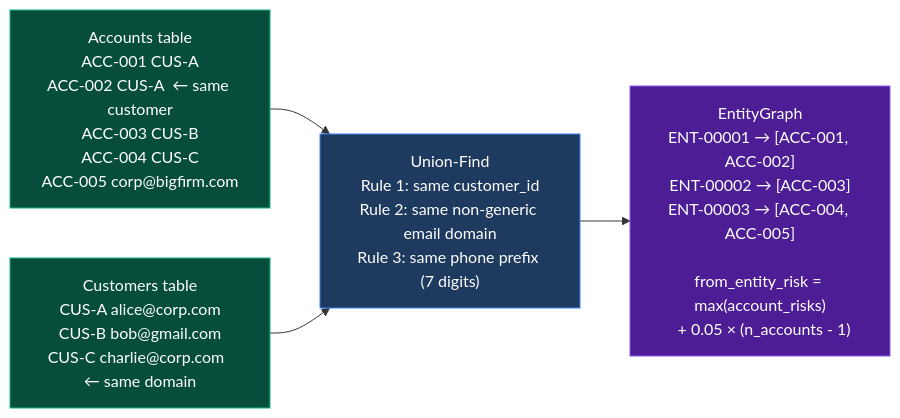
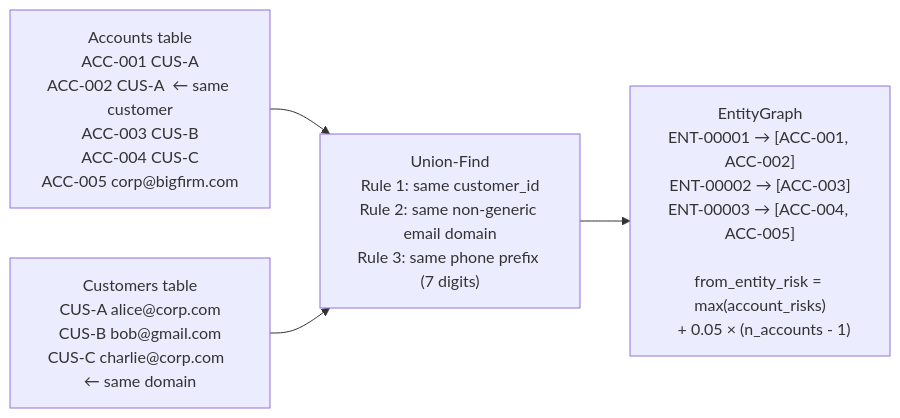
Before and after one commit to gregorizeidler/AML-multiverse-simulator: the ninth of 23 diagrams in README.md, drawn with Mermaid. The commit also changed other lines of this file, not shown here.

Commit message:
fix: remove all custom mermaid style directives incompatible with GitHub renderer

````diff
--- a/README.md
+++ b/README.md
@@ -830,12 +785,8 @@
 ```mermaid
 flowchart LR
-    style A fill:#064e3b,stroke:#10b981,color:#fff
-    style B fill:#064e3b,stroke:#10b981,color:#fff
-    style C fill:#1e3a5f,stroke:#3b82f6,color:#fff
-    style D fill:#4c1d95,stroke:#8b5cf6,color:#fff
 
     A["Accounts table\nACC-001 CUS-A\nACC-002 CUS-A  ← same customer\nACC-003 CUS-B\nACC-004 CUS-C\nACC-005 corp@bigfirm.com"] --> C
     B["Customers table\nCUS-A alice@corp.com\nCUS-B bob@gmail.com\nCUS-C charlie@corp.com  ← same domain"] --> C
     C["Union-Find\nRule 1: same customer_id\nRule 2: same non-generic email domain\nRule 3: same phone prefix (7 digits)"] --> D
     D["EntityGraph\nENT-00001 → [ACC-001, ACC-002]\nENT-00002 → [ACC-003]\nENT-00003 → [ACC-004, ACC-005]\n\nfrom_entity_risk = max(account_risks)\n  + 0.05 × (n_accounts - 1)"]
 ```
````
